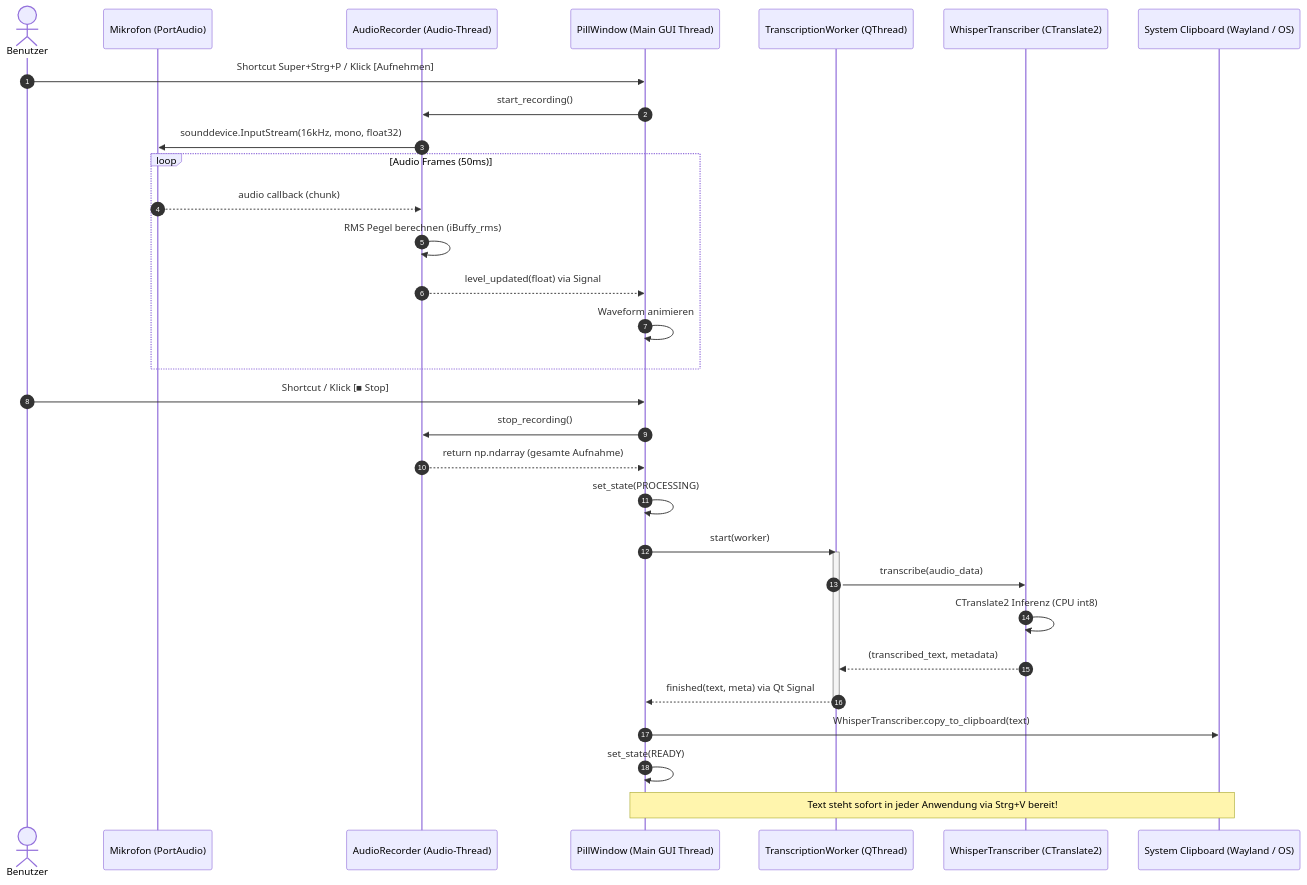
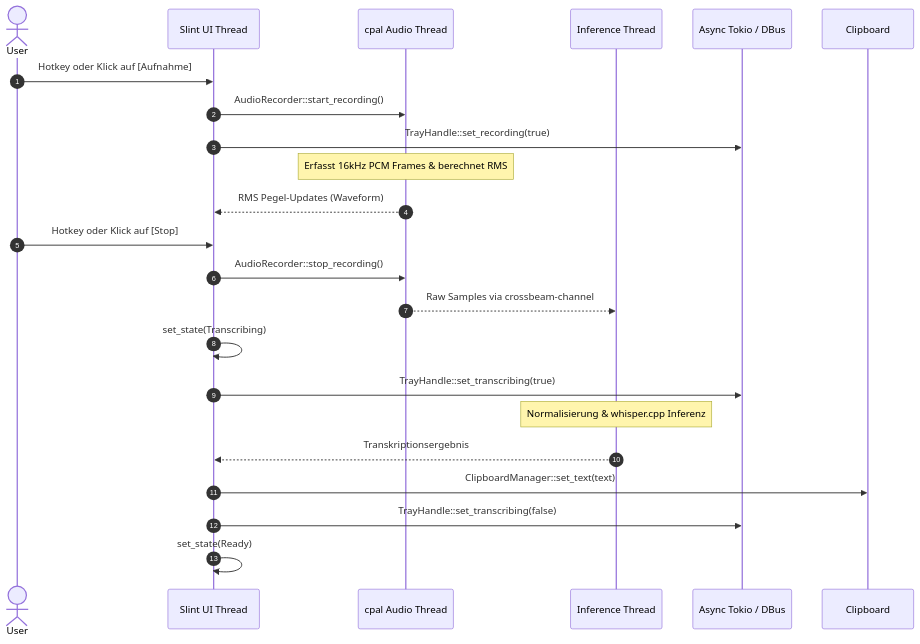
Before and after one commit to Sympa1/whisper_pill: the fourth of 4 diagrams in docs/architecture/technical_documentation.md, drawn with Mermaid. The commit also changed other lines of this file and 39 other files, not shown here.

````diff
--- a/docs/architecture/technical_documentation.md
+++ b/docs/architecture/technical_documentation.md
@@ -123,36 +145,27 @@
 ```mermaid
 sequenceDiagram
     autonumber
-    actor User as Benutzer
-    participant HW as Mikrofon (PortAudio)
-    participant AR as AudioRecorder (Audio-Thread)
-    participant UI as PillWindow (Main GUI Thread)
-    participant TW as TranscriptionWorker (QThread)
-    participant WT as WhisperTranscriber (CTranslate2)
-    participant CB as System Clipboard (Wayland / OS)
+    actor User
+    participant UI as Slint UI Thread
+    participant Audio as cpal Audio Thread
+    participant Worker as Inference Thread
+    participant Tray as Async Tokio / DBus
 
-    User->>UI: Shortcut Super+Strg+P / Klick [Aufnehmen]
-    UI->>AR: start_recording()
-    AR->>HW: sounddevice.InputStream(16kHz, mono, float32)
-    loop Audio Frames (50ms)
-        HW-->>AR: audio callback (chunk)
-        AR->>AR: RMS Pegel berechnen (iBuffy_rms)
-        AR-->>UI: level_updated(float) via Signal
-        UI->>UI: Waveform animieren
-    end
+    User->>UI: Hotkey oder Klick auf [Aufnahme]
+    UI->>Audio: AudioRecorder::start_recording()
+    UI->>Tray: TrayHandle::set_recording(true)
+    Note over Audio: Erfasst 16kHz PCM Frames & berechnet RMS
+    Audio-->>UI: RMS Pegel-Updates (Waveform)
 
-    User->>UI: Shortcut / Klick [■ Stop]
-    UI->>AR: stop_recording()
-    AR-->>UI: return np.ndarray (gesamte Aufnahme)
-    UI->>UI: set_state(PROCESSING)
-    UI->>TW: start(worker)
-    activate TW
-    TW->>WT: transcribe(audio_data)
-    WT->>WT: CTranslate2 Inferenz (CPU int8)
-    WT-->>TW: (transcribed_text, metadata)
-    TW-->>UI: finished(text, meta) via Qt Signal
-    deactivate TW
-    UI->>CB: WhisperTranscriber.copy_to_clipboard(text)
-    UI->>UI: set_state(READY)
-    Note over UI,CB: Text steht sofort in jeder Anwendung via Strg+V bereit!
+    User->>UI: Hotkey oder Klick auf [Stop]
+    UI->>Audio: AudioRecorder::stop_recording()
+    Audio-->>Worker: Raw Samples via crossbeam-channel
+    UI->>UI: set_state(Transcribing)
+    UI->>Tray: TrayHandle::set_transcribing(true)
+
+    Note over Worker: Normalisierung & whisper.cpp Inferenz
+    Worker-->>UI: Transkriptionsergebnis
+    UI->>Clipboard: ClipboardManager::set_text(text)
+    UI->>Tray: TrayHandle::set_transcribing(false)
+    UI->>UI: set_state(Ready)
 ```
````
